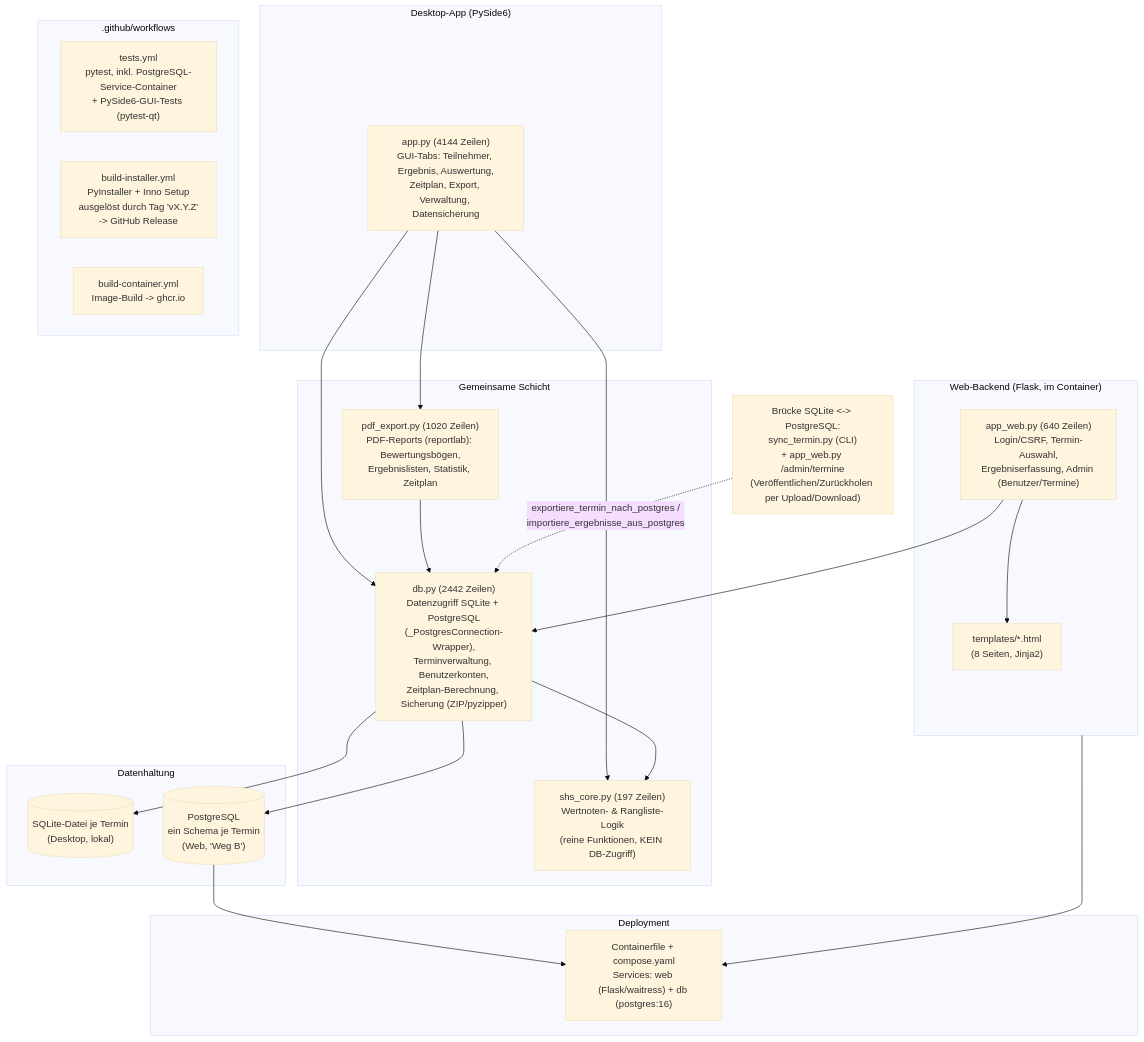
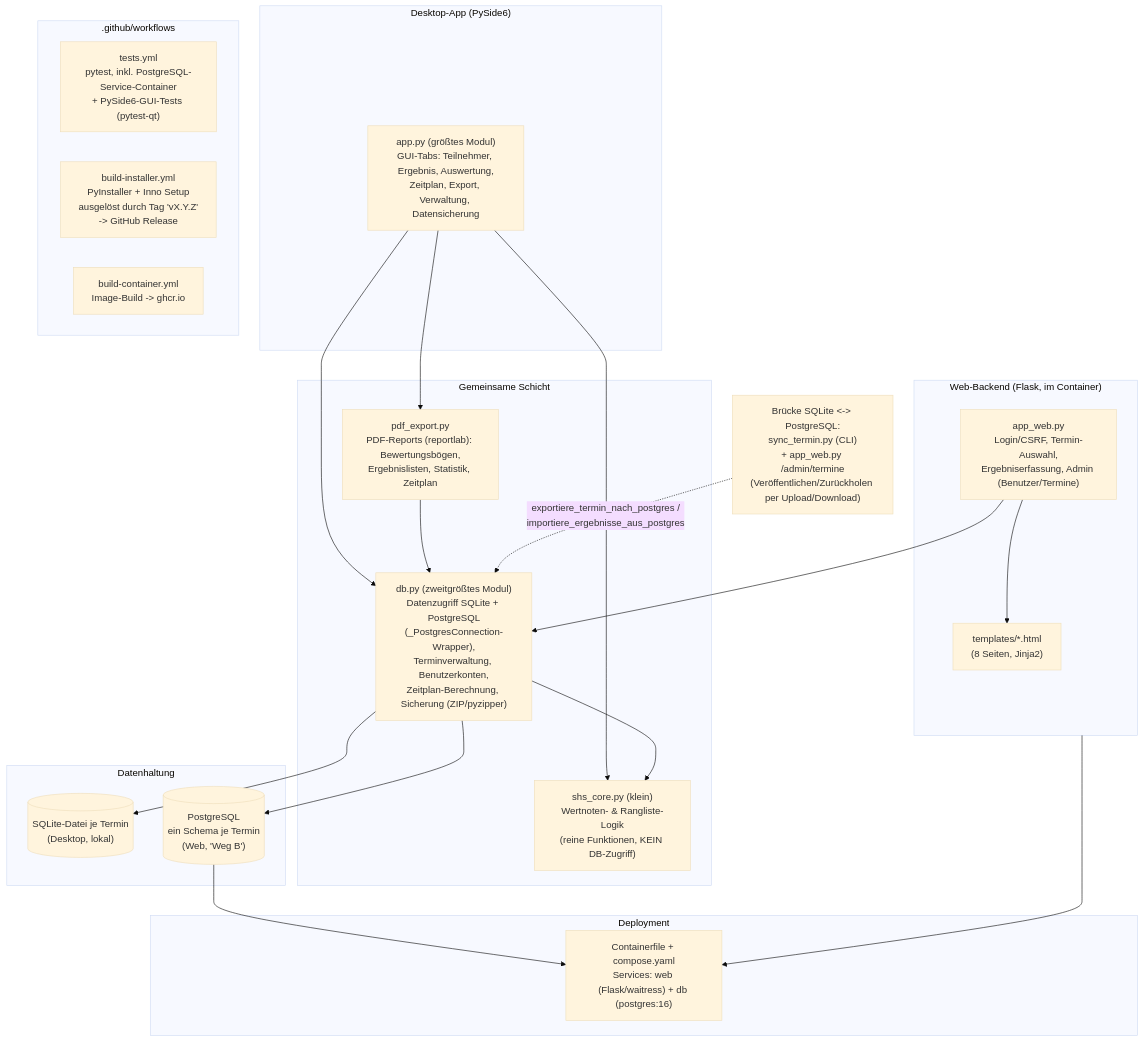
The diagram in Architektur.md (mbruver-source/SHS), drawn with Mermaid (base theme) before and after one commit. The commit also changed other lines of this file and 30 other files, not shown here.

````diff
--- a/Architektur.md
+++ b/Architektur.md
@@ -23,47 +23,47 @@
 ```mermaid
 flowchart TB
     subgraph Desktop["Desktop-App (PySide6)"]
-        AppPy["app.py (4144 Zeilen)<br/>GUI-Tabs: Teilnehmer, Ergebnis, Auswertung,<br/>Zeitplan, Export, Verwaltung, Datensicherung"]
+        AppPy["app.py (größtes Modul)<br/>GUI-Tabs: Teilnehmer, Ergebnis, Auswertung,<br/>Zeitplan, Export, Verwaltung, Datensicherung"]
     end
 
     subgraph WebBackend["Web-Backend (Flask, im Container)"]
-        AppWeb["app_web.py (640 Zeilen)<br/>Login/CSRF, Termin-Auswahl,<br/>Ergebniserfassung, Admin (Benutzer/Termine)"]
+        AppWeb["app_web.py<br/>Login/CSRF, Termin-Auswahl,<br/>Ergebniserfassung, Admin (Benutzer/Termine)"]
         Templates["templates/*.html<br/>(8 Seiten, Jinja2)"]
     end
 
     subgraph Shared["Gemeinsame Schicht"]
-        DbPy["db.py (2442 Zeilen)<br/>Datenzugriff SQLite + PostgreSQL<br/>(_PostgresConnection-Wrapper),<br/>Terminverwaltung, Benutzerkonten,<br/>Zeitplan-Berechnung, Sicherung (ZIP/pyzipper)"]
-        ShsCore["shs_core.py (197 Zeilen)<br/>Wertnoten- &amp; Rangliste-Logik<br/>(reine Funktionen, KEIN DB-Zugriff)"]
-        PdfExport["pdf_export.py (1020 Zeilen)<br/>PDF-Reports (reportlab): Bewertungsbögen,<br/>Ergebnislisten, Statistik, Zeitplan"]
+        DbPy["db.py (zweitgrößtes Modul)<br/>Datenzugriff SQLite + PostgreSQL<br/>(_PostgresConnection-Wrapper),<br/>Terminverwaltung, Benutzerkonten,<br/>Zeitplan-Berechnung, Sicherung (ZIP/pyzipper)"]
+        ShsCore["shs_core.py (klein)<br/>Wertnoten- &amp; Rangliste-Logik<br/>(reine Funktionen, KEIN DB-Zugriff)"]
+        PdfExport["pdf_export.py<br/>PDF-Reports (reportlab): Bewertungsbögen,<br/>Ergebnislisten, Statistik, Zeitplan"]
     end
 
     subgraph Stores["Datenhaltung"]
         Sqlite[("SQLite-Datei je Termin<br/>(Desktop, lokal)")]
         Postgres[("PostgreSQL<br/>ein Schema je Termin<br/>(Web, 'Weg B')")]
     end
 
     Sync["Brücke SQLite &lt;-&gt; PostgreSQL:<br/>sync_termin.py (CLI)<br/>+ app_web.py /admin/termine<br/>(Veröffentlichen/Zurückholen per Upload/Download)"]
 
     AppPy --> DbPy
     AppPy --> ShsCore
     AppPy --> PdfExport
     AppWeb --> DbPy
     AppWeb --> Templates
     DbPy --> ShsCore
     PdfExport --> DbPy
     DbPy --> Sqlite
     DbPy --> Postgres
     Sync -.exportiere_termin_nach_postgres /<br/>importiere_ergebnisse_aus_postgres.-> DbPy
 
     subgraph Deploy["Deployment"]
         Container["Containerfile + compose.yaml<br/>Services: web (Flask/waitress) + db (postgres:16)"]
     end
     subgraph CI[".github/workflows"]
         Tests["tests.yml<br/>pytest, inkl. PostgreSQL-Service-Container<br/>+ PySide6-GUI-Tests (pytest-qt)"]
         Installer["build-installer.yml<br/>PyInstaller + Inno Setup<br/>ausgelöst durch Tag 'vX.Y.Z'<br/>-> GitHub Release"]
         ContainerBuild["build-container.yml<br/>Image-Build -> ghcr.io"]
     end
 
     WebBackend --> Container
     Postgres --> Container
 ```
````
